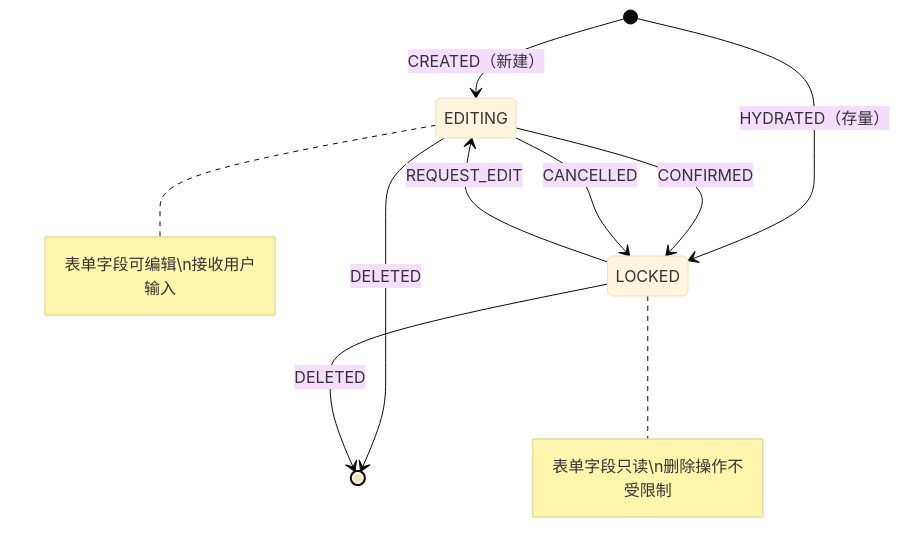
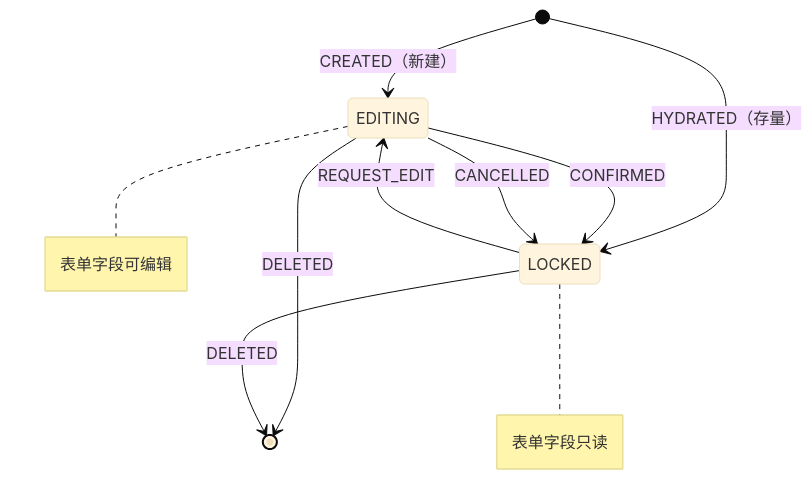
Before and after one commit to huang-xiao-jian/themis: the second of 4 diagrams in specs/core/application.md, drawn with Mermaid (base theme). The commit also changed other lines of this file and 2 other files, not shown here.

````diff
--- a/specs/core/application.md
+++ b/specs/core/application.md
@@ -29,15 +140,15 @@
 ```mermaid
 stateDiagram-v2
   [*] --> EDITING : CREATED（新建）
   [*] --> LOCKED : HYDRATED（存量）
 
   LOCKED --> EDITING : REQUEST_EDIT
   EDITING --> LOCKED : CONFIRMED
   EDITING --> LOCKED : CANCELLED
 
   EDITING --> [*] : DELETED
   LOCKED --> [*] : DELETED
 
-  note right of LOCKED : 表单字段只读\n删除操作不受限制
-  note right of EDITING : 表单字段可编辑\n接收用户输入
+  note right of LOCKED : 表单字段只读
+  note right of EDITING : 表单字段可编辑
 ```
````
